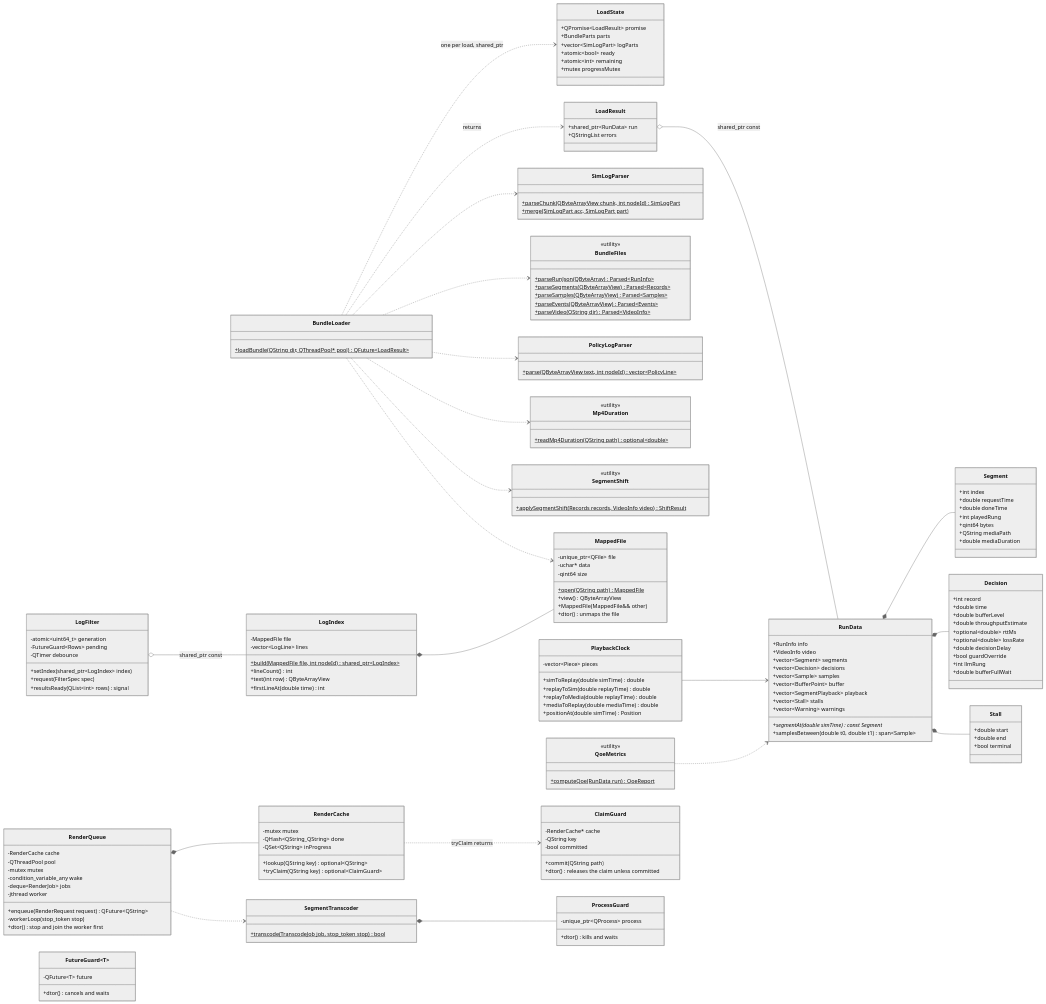
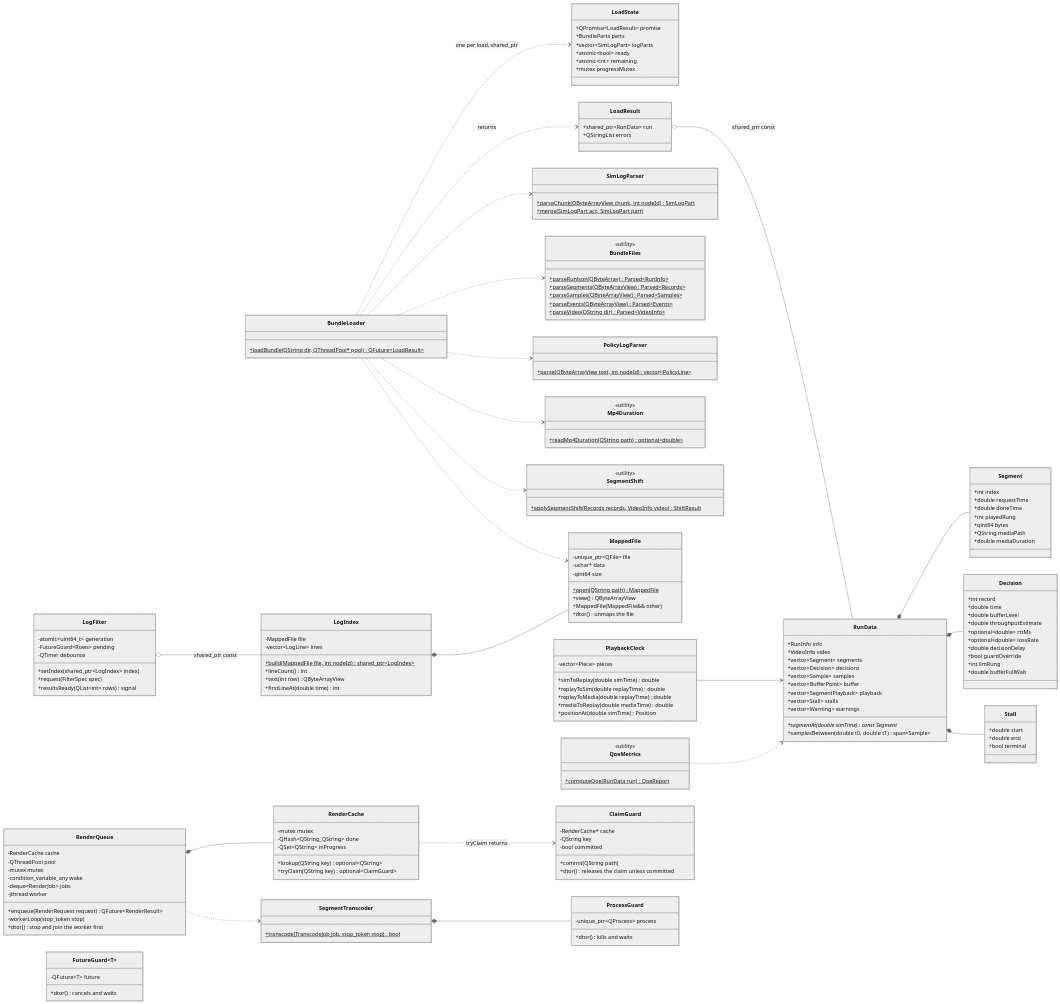
Before and after one commit to muhammadadeelzahid/replay-lab: the first of 4 diagrams in docs/diagrams.md, drawn with Mermaid (neutral theme). The commit also changed other lines of this file and 24 other files, not shown here.

```diff
--- a/docs/diagrams.md
+++ b/docs/diagrams.md
@@ -160,7 +160,7 @@
     -condition_variable_any wake
     -deque~RenderJob~ jobs
     -jthread worker
-    +enqueue(RenderRequest request) QFuture~QString~
+    +enqueue(RenderRequest request) QFuture~RenderResult~
     -workerLoop(stop_token stop)
     +dtor() stop and join the worker first
   }
```
